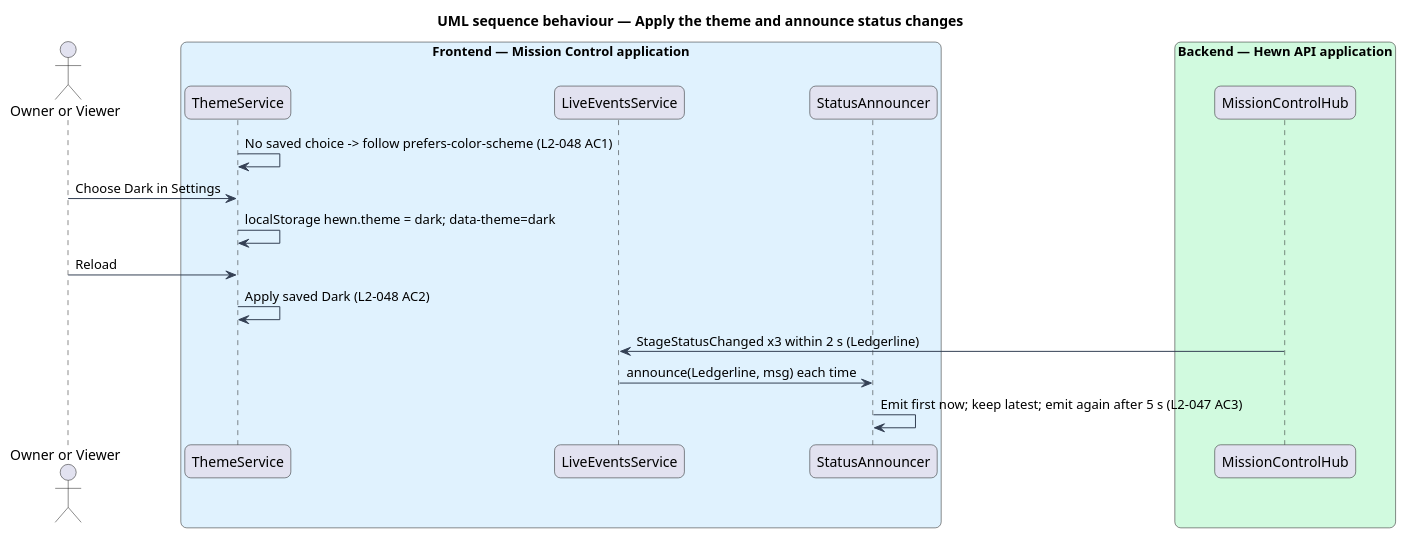
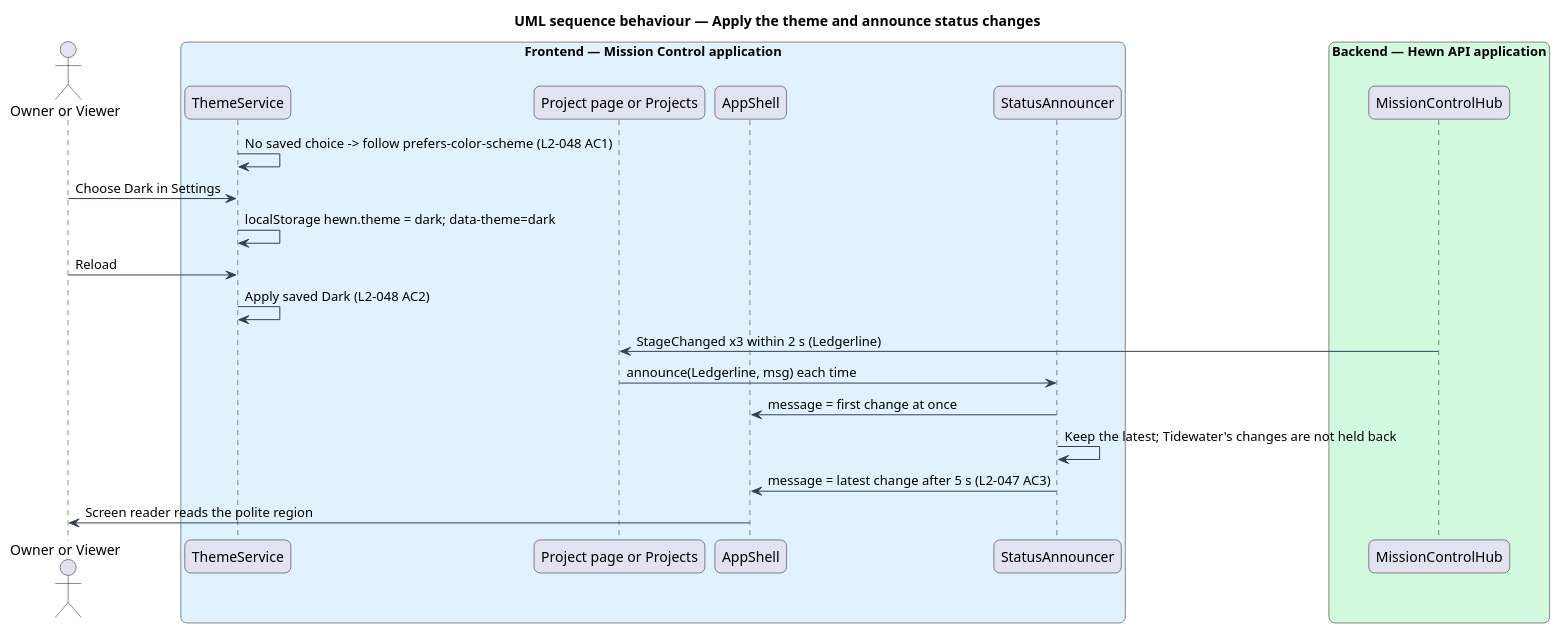
One commit to QuinntyneBrown/hewn changed the diagram in docs/detailed-designs/mission-control/responsive-accessible-ui/diagrams/sequence-theme-and-announce.puml. Above: the diagram before and after it, drawn with PlantUML. The commit also changed 47 other files, not shown here.

```diff
--- a/docs/detailed-designs/mission-control/responsive-accessible-ui/diagrams/sequence-theme-and-announce.puml
+++ b/docs/detailed-designs/mission-control/responsive-accessible-ui/diagrams/sequence-theme-and-announce.puml
@@ -1,35 +1,39 @@
 @startuml
 title UML sequence behaviour — Apply the theme and announce status changes
 skinparam backgroundColor #FFFFFF
 skinparam shadowing false
 skinparam roundcorner 12
 skinparam defaultFontName Arial
 skinparam ArrowColor #344054
 skinparam rectangle {
   BorderColor #344054
   FontColor #101828
 }
 skinparam package {
   BorderColor #667085
   FontColor #101828
   BackgroundColor #F9FAFB
 }
 skinparam sequenceMessageAlign left
 actor "Owner or Viewer" as user
 box "Frontend — Mission Control application" #E0F2FE
   participant "ThemeService" as theme
-  participant "LiveEventsService" as live
+  participant "Project page or Projects" as live
+  participant "AppShell" as shell
   participant "StatusAnnouncer" as ann
 end box
 box "Backend — Hewn API application" #D1FADF
   participant "MissionControlHub" as hub
 end box
 theme -> theme : No saved choice -> follow prefers-color-scheme (L2-048 AC1)
 user -> theme : Choose Dark in Settings
 theme -> theme : localStorage hewn.theme = dark; data-theme=dark
 user -> theme : Reload
 theme -> theme : Apply saved Dark (L2-048 AC2)
-hub -> live : StageStatusChanged x3 within 2 s (Ledgerline)
+hub -> live : StageChanged x3 within 2 s (Ledgerline)
 live -> ann : announce(Ledgerline, msg) each time
-ann -> ann : Emit first now; keep latest; emit again after 5 s (L2-047 AC3)
+ann -> shell : message = first change at once
+ann -> ann : Keep the latest; Tidewater's changes are not held back
+ann -> shell : message = latest change after 5 s (L2-047 AC3)
+shell -> user : Screen reader reads the polite region
 @enduml
```
